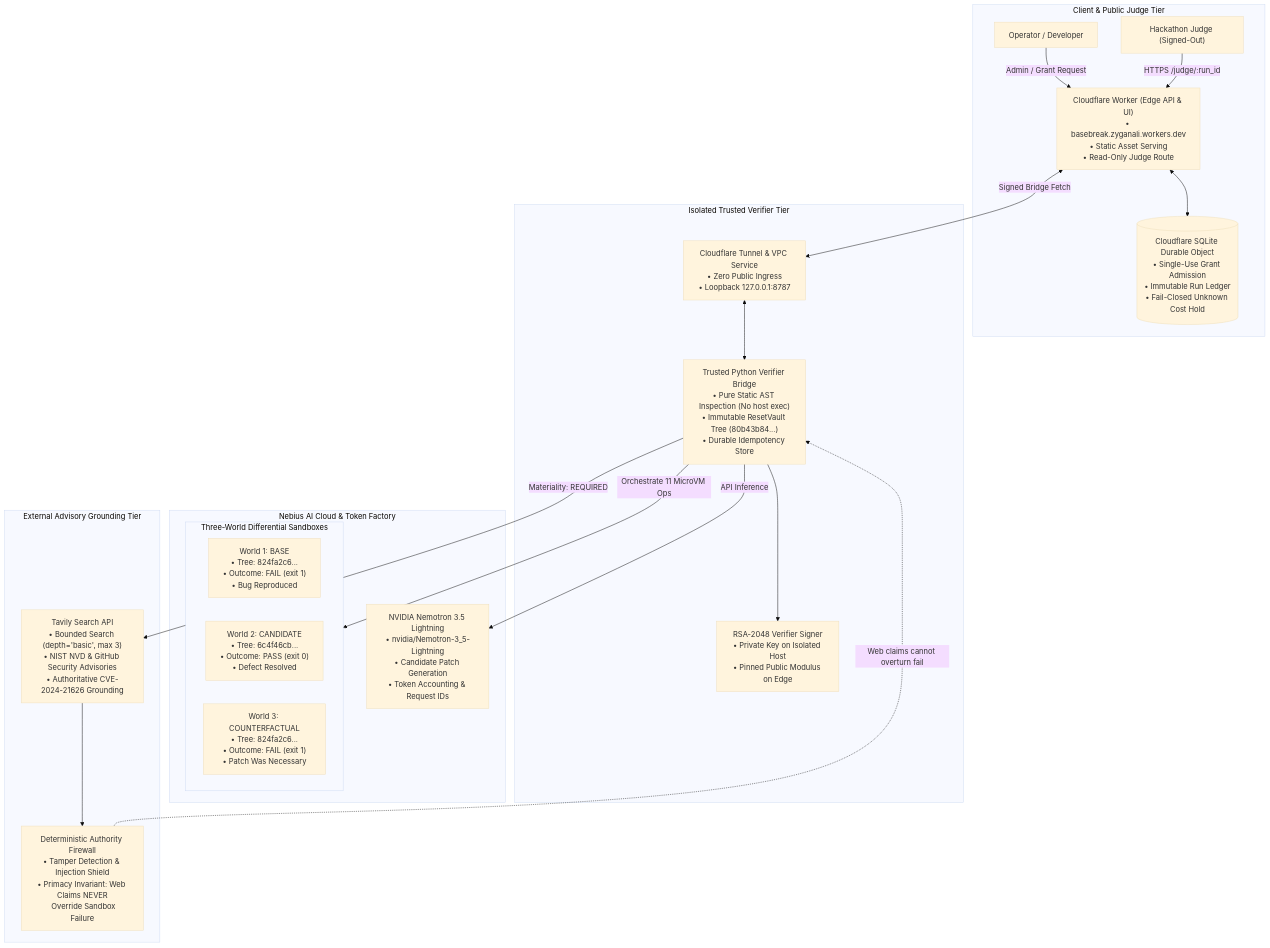
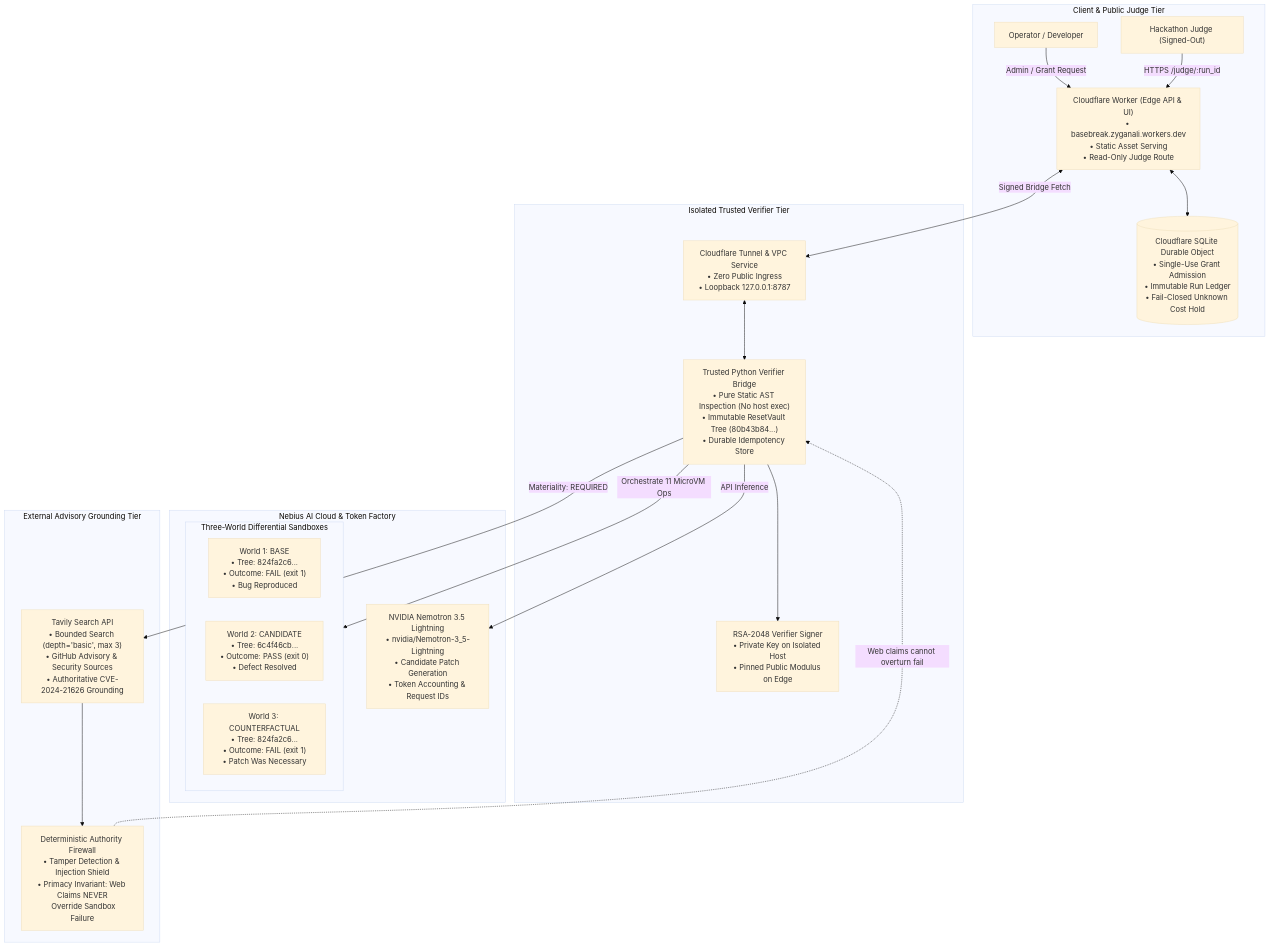
Before and after one commit to zyganali-glitch/Basebreak: the diagram in docs/submission/P30_ARCHITECTURE_VISUAL.md, drawn with Mermaid (base theme). The commit also changed 12 other files, not shown here.

````diff
--- a/docs/submission/P30_ARCHITECTURE_VISUAL.md
+++ b/docs/submission/P30_ARCHITECTURE_VISUAL.md
@@ -9,42 +9,42 @@
 ```mermaid
 flowchart TD
     subgraph ClientAndJudge["Client & Public Judge Tier"]
         Operator["Operator / Developer"]
         Judge["Hackathon Judge (Signed-Out)"]
         CF_Edge["Cloudflare Worker (Edge API & UI)<br/>• basebreak.zyganali.workers.dev<br/>• Static Asset Serving<br/>• Read-Only Judge Route"]
         DO_Ledger[("Cloudflare SQLite Durable Object<br/>• Single-Use Grant Admission<br/>• Immutable Run Ledger<br/>• Fail-Closed Unknown Cost Hold")]
         Operator -->|Admin / Grant Request| CF_Edge
         Judge -->|HTTPS /judge/:run_id| CF_Edge
         CF_Edge <--> DO_Ledger
     end
 
     subgraph VerifierTier["Isolated Trusted Verifier Tier"]
         VPC_Bridge["Cloudflare Tunnel & VPC Service<br/>• Zero Public Ingress<br/>• Loopback 127.0.0.1:8787"]
         PythonBridge["Trusted Python Verifier Bridge<br/>• Pure Static AST Inspection (No host exec)<br/>• Immutable ResetVault Tree (80b43b84...)<br/>• Durable Idempotency Store"]
         VerifierSigner["RSA-2048 Verifier Signer<br/>• Private Key on Isolated Host<br/>• Pinned Public Modulus on Edge"]
         CF_Edge <-->|Signed Bridge Fetch| VPC_Bridge
         VPC_Bridge <--> PythonBridge
         PythonBridge --> VerifierSigner
     end
 
     subgraph NebiusCloud["Nebius AI Cloud & Token Factory"]
         Nemotron["NVIDIA Nemotron 3.5 Lightning<br/>• nvidia/Nemotron-3_5-Lightning<br/>• Candidate Patch Generation<br/>• Token Accounting & Request IDs"]
         
         subgraph Sandboxes["Three-World Differential Sandboxes"]
             Sbx_Base["World 1: BASE<br/>• Tree: 824fa2c6...<br/>• Outcome: FAIL (exit 1)<br/>• Bug Reproduced"]
             Sbx_Cand["World 2: CANDIDATE<br/>• Tree: 6c4f46cb...<br/>• Outcome: PASS (exit 0)<br/>• Defect Resolved"]
             Sbx_CF["World 3: COUNTERFACTUAL<br/>• Tree: 824fa2c6...<br/>• Outcome: FAIL (exit 1)<br/>• Patch Was Necessary"]
         end
         
         PythonBridge -->|API Inference| Nemotron
         PythonBridge -->|Orchestrate 11 MicroVM Ops| Sandboxes
     end
 
     subgraph ExternalGrounding["External Advisory Grounding Tier"]
-        Tavily["Tavily Search API<br/>• Bounded Search (depth='basic', max 3)<br/>• NIST NVD & GitHub Security Advisories<br/>• Authoritative CVE-2024-21626 Grounding"]
+        Tavily["Tavily Search API<br/>• Bounded Search (depth='basic', max 3)<br/>• GitHub Advisory & Security Sources<br/>• Authoritative CVE-2024-21626 Grounding"]
         Firewall["Deterministic Authority Firewall<br/>• Tamper Detection & Injection Shield<br/>• Primacy Invariant: Web Claims NEVER<br/>  Override Sandbox Failure"]
         PythonBridge -->|Materiality: REQUIRED| Tavily
         Tavily --> Firewall
         Firewall -.->|Web claims cannot overturn fail| PythonBridge
     end
 ```
````
